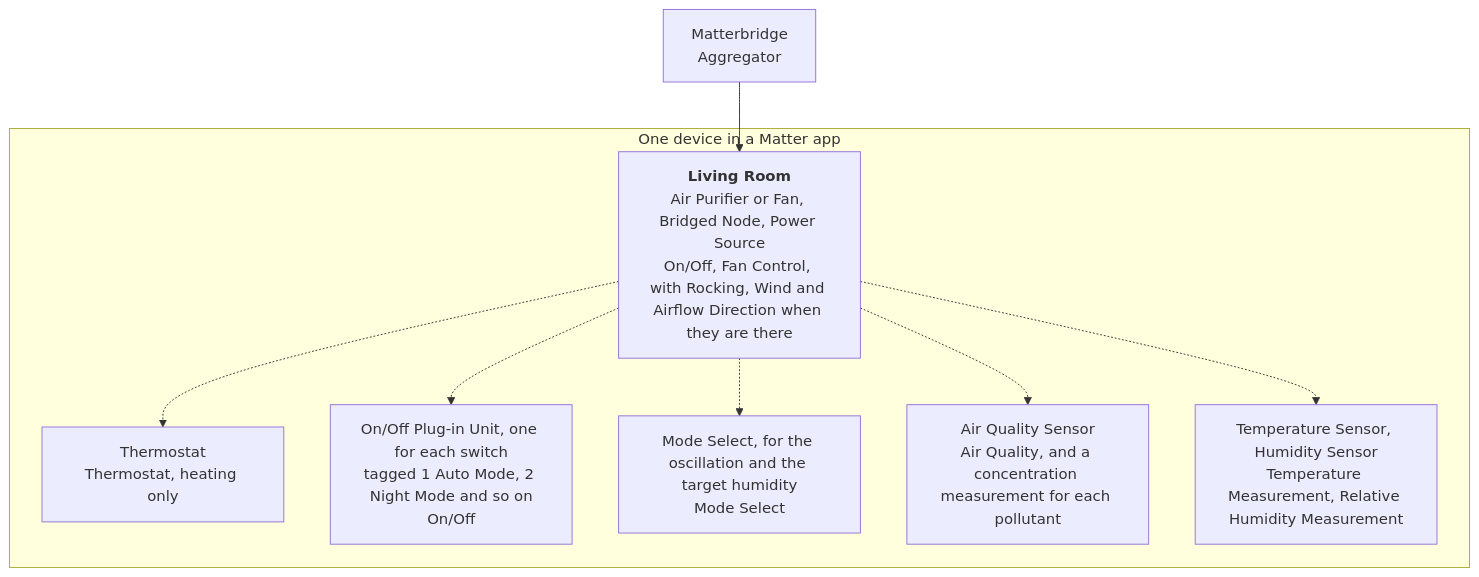
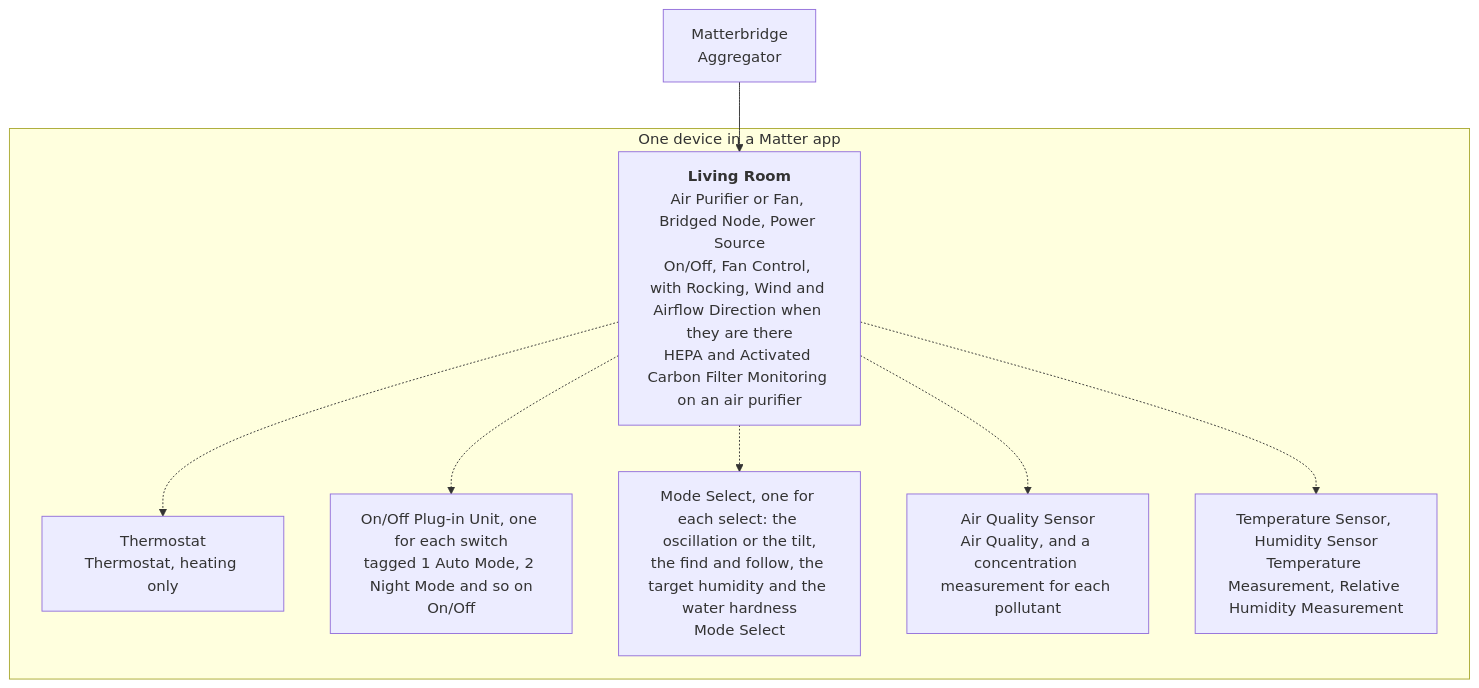
One commit to cheziyi/matterbridge-dyson-care changed the diagram in README.md. Above: the diagram before and after it, drawn with Mermaid. The commit also changed other lines of this file and 31 other files, not shown here.

````diff
--- a/README.md
+++ b/README.md
@@ -75,18 +78,18 @@
 ```mermaid
 flowchart TD
     bridge["Matterbridge<br/>Aggregator"]
     subgraph device["One device in a Matter app"]
-        main["<b>Living Room</b><br/>Air Purifier or Fan, Bridged Node, Power Source<br/>On/Off, Fan Control, with Rocking, Wind and Airflow Direction when they are there"]
+        main["<b>Living Room</b><br/>Air Purifier or Fan, Bridged Node, Power Source<br/>On/Off, Fan Control, with Rocking, Wind and Airflow Direction when they are there<br/>HEPA and Activated Carbon Filter Monitoring on an air purifier"]
         thermostat["Thermostat<br/>Thermostat, heating only"]
         switches["On/Off Plug-in Unit, one for each switch<br/>tagged 1 Auto Mode, 2 Night Mode and so on<br/>On/Off"]
-        selects["Mode Select, for the oscillation and the target humidity<br/>Mode Select"]
+        selects["Mode Select, one for each select: the oscillation or the tilt,<br/>the find and follow, the target humidity and the water hardness<br/>Mode Select"]
         air["Air Quality Sensor<br/>Air Quality, and a concentration measurement for each pollutant"]
         sensors["Temperature Sensor, Humidity Sensor<br/>Temperature Measurement, Relative Humidity Measurement"]
     end
     bridge --> main
     main -.-> thermostat
     main -.-> switches
     main -.-> selects
     main -.-> air
     main -.-> sensors
 ```
````
